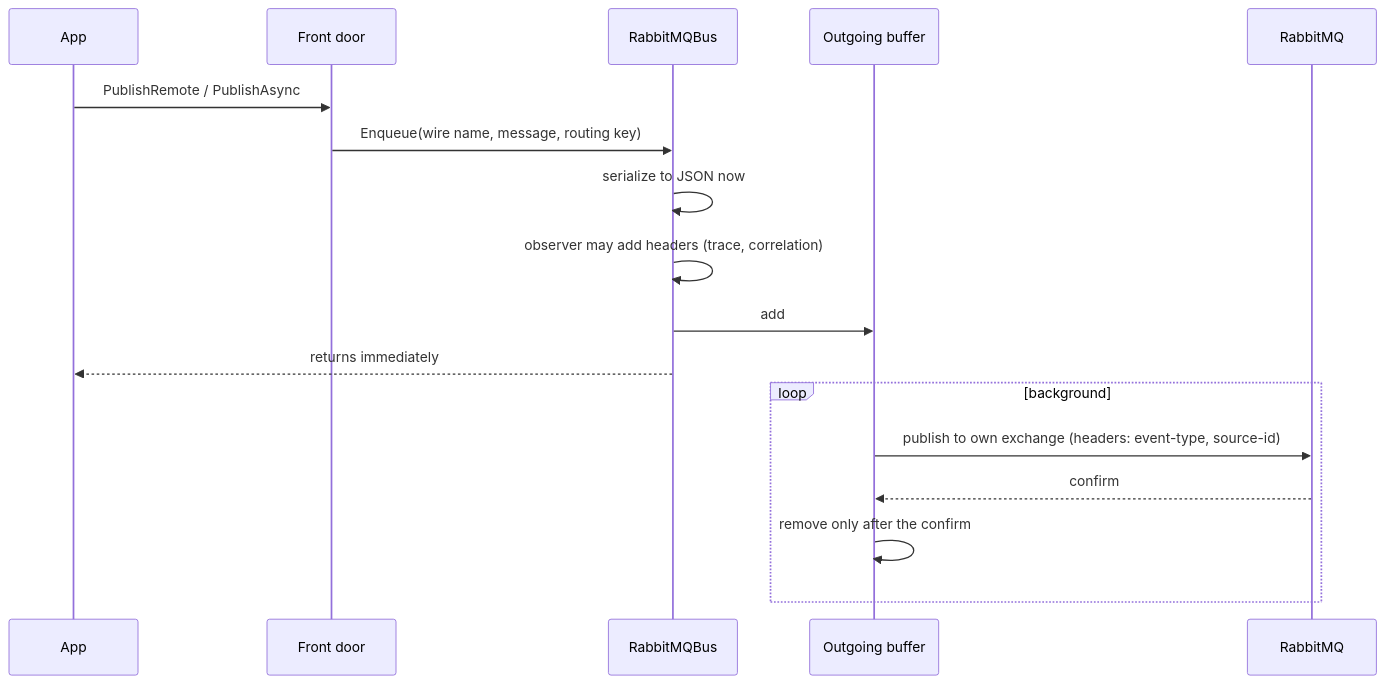
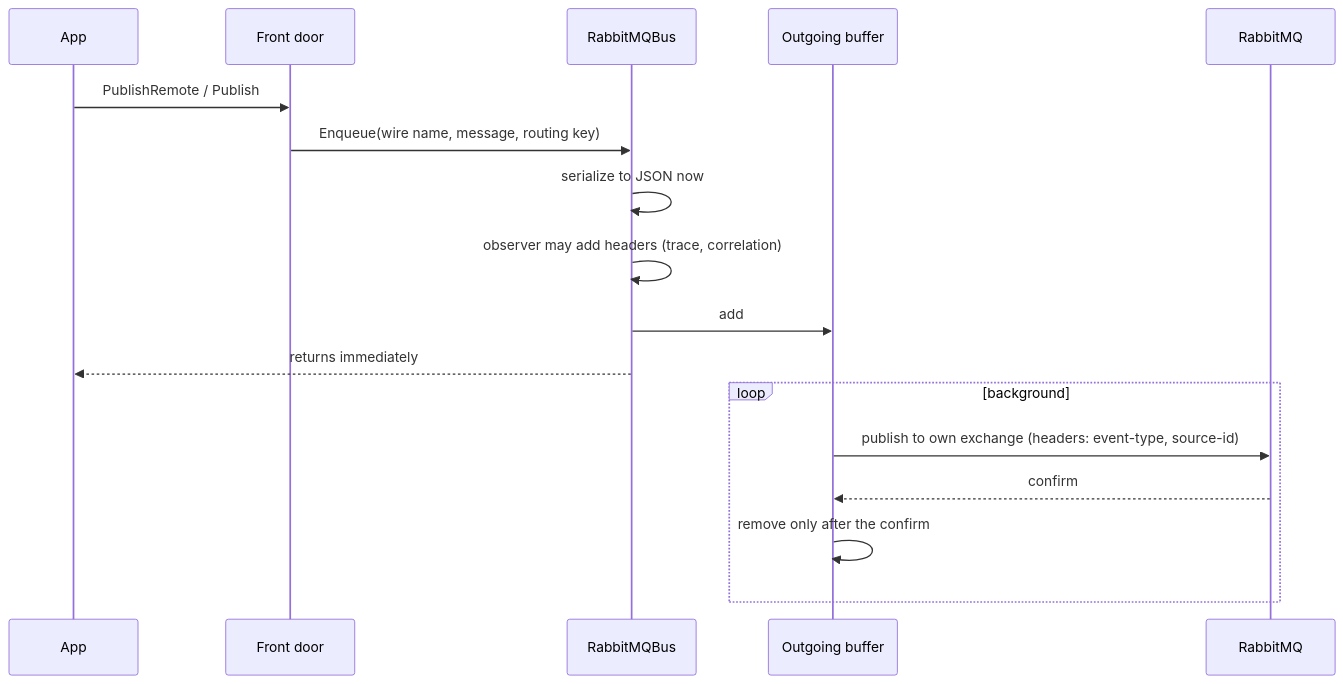
Before and after one commit to ncowine/CleanArchitecture: the second of 3 diagrams in docs/messaging/README.md, drawn with Mermaid. The commit also changed other lines of this file and 16 other files, not shown here.

````diff
--- a/docs/messaging/README.md
+++ b/docs/messaging/README.md
@@ -189,19 +189,19 @@
 ```mermaid
 sequenceDiagram
     participant App
     participant FrontDoor as Front door
     participant Bus as RabbitMQBus
     participant Buffer as Outgoing buffer
     participant Broker as RabbitMQ
-    App->>FrontDoor: PublishRemote / PublishAsync
+    App->>FrontDoor: PublishRemote / Publish
     FrontDoor->>Bus: Enqueue(wire name, message, routing key)
     Bus->>Bus: serialize to JSON now
     Bus->>Bus: observer may add headers (trace, correlation)
     Bus->>Buffer: add
     Bus-->>App: returns immediately
     loop background
         Buffer->>Broker: publish to own exchange (headers: event-type, source-id)
         Broker-->>Buffer: confirm
         Buffer->>Buffer: remove only after the confirm
     end
 ```
````
